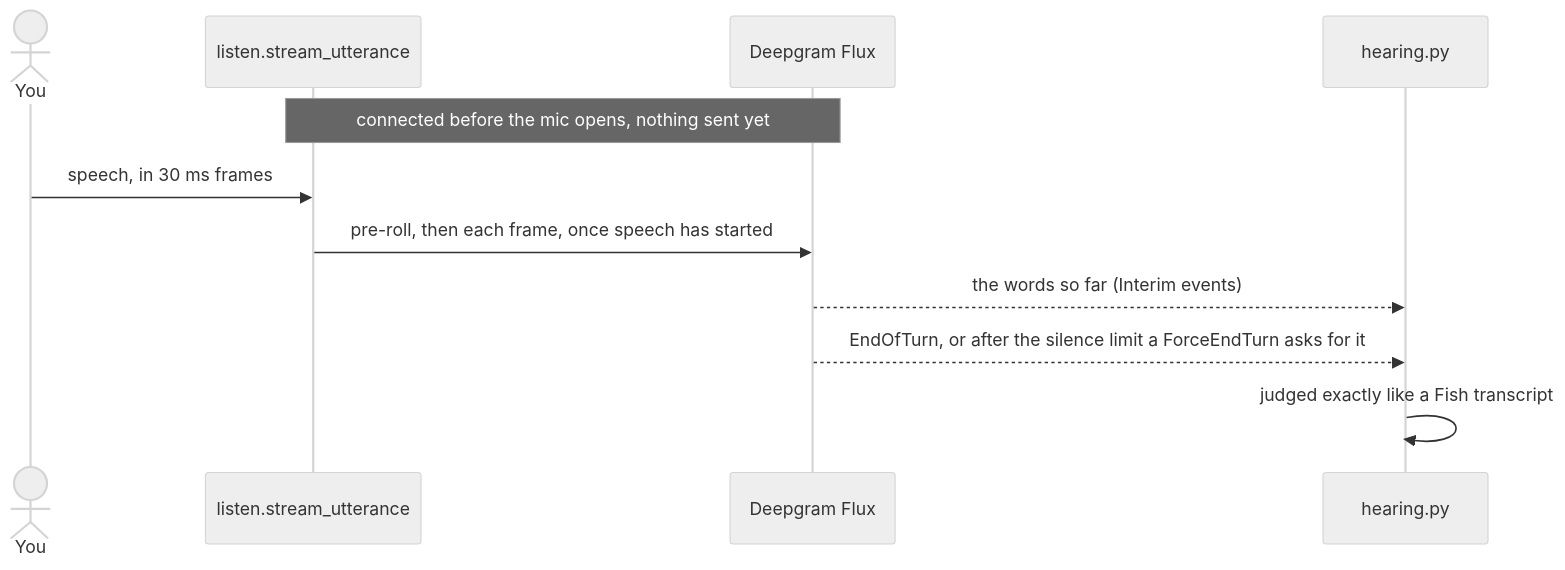
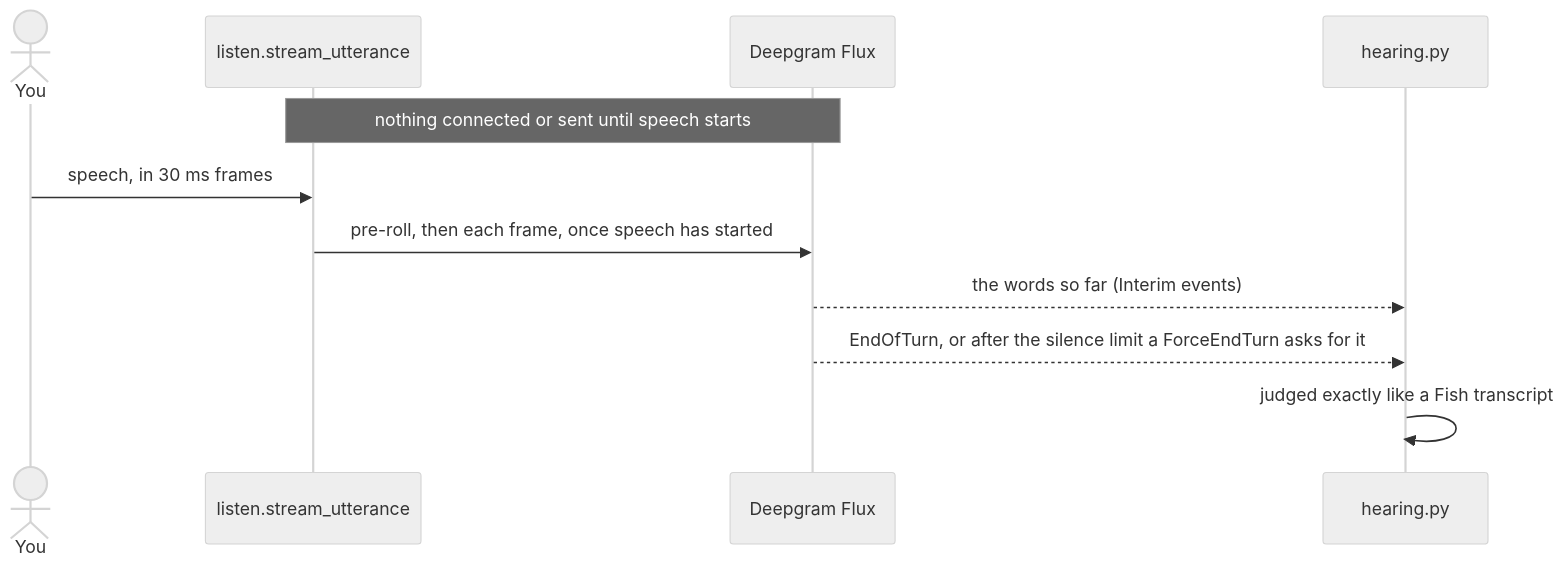
The third of 4 diagrams in docs/ARCHITECTURE.md (kzndotsh/fish-audio-suite), drawn with Mermaid (neutral theme) before and after one commit. The commit also changed other lines of this file and 7 other files, not shown here.

Commit message:
fix(voice): connect to Deepgram only once speech starts, hand the captured speech to Fish ASR if it cannot be reached, and trust certifi's certificates for the WebSocket

````diff
--- a/docs/ARCHITECTURE.md
+++ b/docs/ARCHITECTURE.md
@@ -98,14 +98,14 @@
 ```mermaid
 sequenceDiagram
     actor You
     participant Mic as listen.stream_utterance
     participant Flux as Deepgram Flux
     participant Hear as hearing.py
 
-    Note over Mic,Flux: connected before the mic opens, nothing sent yet
+    Note over Mic,Flux: nothing connected or sent until speech starts
     You->>Mic: speech, in 30 ms frames
     Mic->>Flux: pre-roll, then each frame, once speech has started
     Flux-->>Hear: the words so far (Interim events)
     Flux-->>Hear: EndOfTurn, or after the silence limit a ForceEndTurn asks for it
     Hear->>Hear: judged exactly like a Fish transcript
 ```
````
